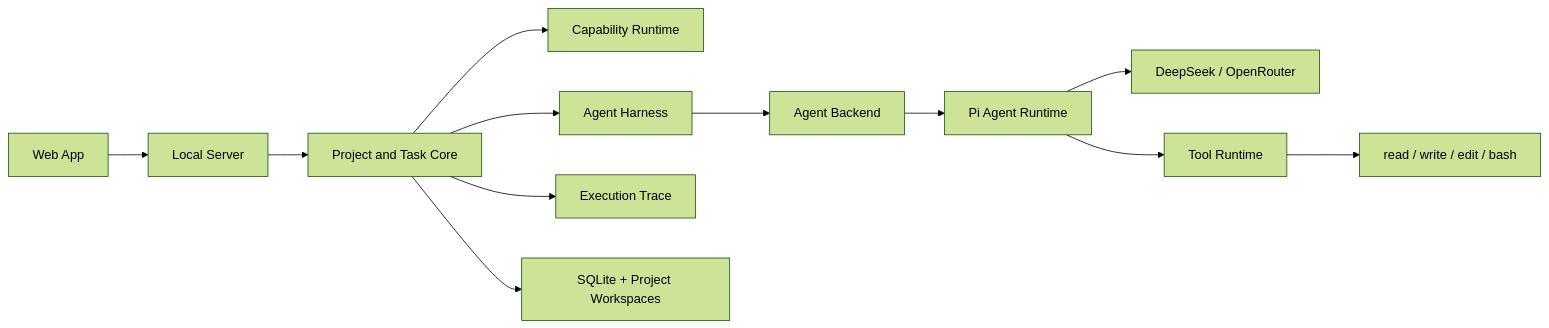
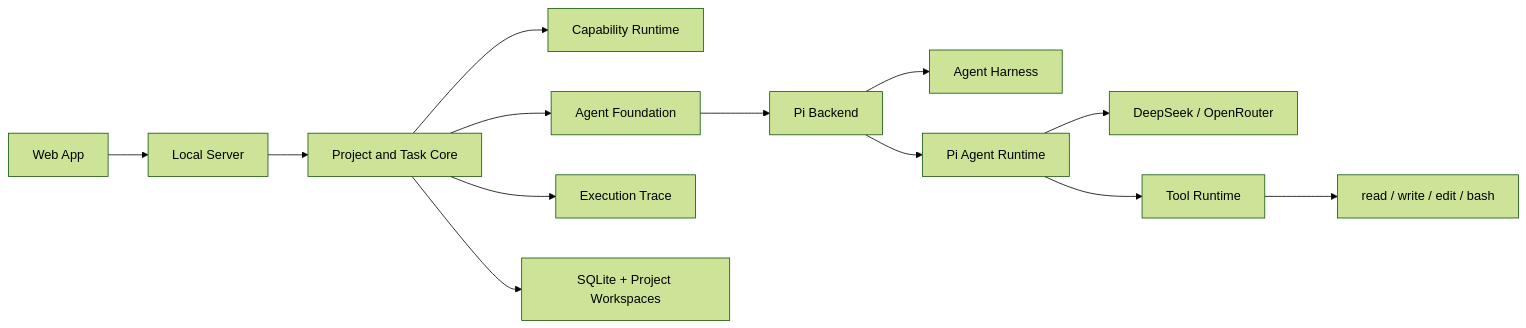
The first of 3 diagrams in docs/ARCHITECTURE.md (SureD/babybot), drawn with Mermaid (forest theme) before and after one commit. The commit also changed other lines of this file and 17 other files, not shown here.

Commit message:
Improve agent session and tool runtime integration

````diff
--- a/docs/ARCHITECTURE.md
+++ b/docs/ARCHITECTURE.md
@@ -16,14 +16,15 @@
 ```mermaid
 flowchart LR
     Web["Web App"] --> Server["Local Server"]
     Server --> Core["Project and Task Core"]
     Core --> Capability["Capability Runtime"]
-    Core --> Harness["Agent Harness"]
-    Harness --> Agent["Agent Backend"]
-    Agent --> Pi["Pi Agent Runtime"]
+    Core --> Agent["Agent Foundation"]
+    Agent --> Backend["Pi Backend"]
+    Backend --> Harness["Agent Harness"]
+    Backend --> Pi["Pi Agent Runtime"]
     Pi --> Provider["DeepSeek / OpenRouter"]
     Pi --> Tools["Tool Runtime"]
     Tools --> Builtins["read / write / edit / bash"]
     Core --> Trace["Execution Trace"]
     Core --> Storage["SQLite + Project Workspaces"]
 ```
````
